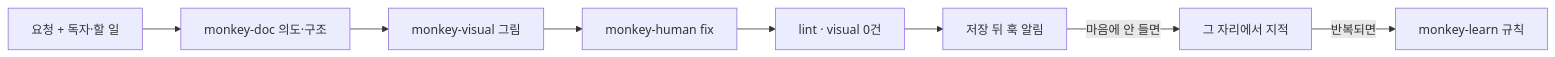
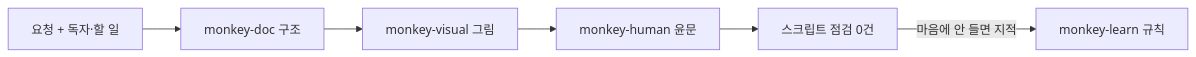
The diagram in README.md (polyglot-k/im-a-monkey), drawn with Mermaid before and after one commit. The commit also changed other lines of this file and 2 other files, not shown here.

````diff
--- a/README.md
+++ b/README.md
@@ -61,10 +69,8 @@
 ```mermaid
 flowchart LR
-  A[요청 + 독자·할 일] --> B[monkey-doc 의도·구조]
+  A[요청 + 독자·할 일] --> B[monkey-doc 구조]
   B --> C[monkey-visual 그림]
-  C --> D[monkey-human fix]
-  D --> E[lint · visual 0건]
-  E --> F[저장 뒤 훅 알림]
-  F -- 마음에 안 들면 --> G[그 자리에서 지적]
-  G -- 반복되면 --> H[monkey-learn 규칙]
+  C --> D[monkey-human 윤문]
+  D --> E[스크립트 점검 0건]
+  E -- 마음에 안 들면 지적 --> F[monkey-learn 규칙]
 ```
````
